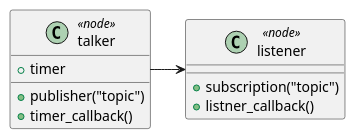
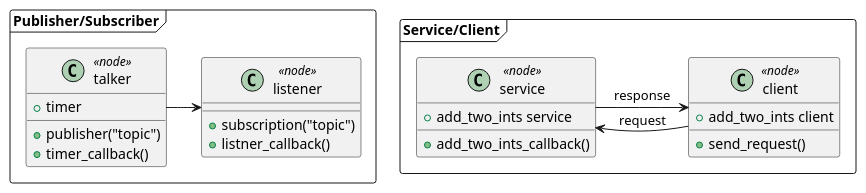
The diagram in jazzy_ws/arch/system.puml (sandeeppatil/roboND), drawn with PlantUML before and after one commit. The commit also changed 12 other files, not shown here.

Commit message:
Simple service client with buildtype python on ROS2

```diff
--- a/jazzy_ws/arch/system.puml
+++ b/jazzy_ws/arch/system.puml
@@ -1,16 +1,33 @@
 @startuml talker_listener
 
+frame "Publisher/Subscriber" {
 class talker <<node>> {
   +publisher("topic")
   +timer
   +timer_callback()
 }
 
 class listener <<node>> {
   +subscription("topic")
   +listner_callback()
 }
 
 talker -right-> listener
+}
+
+frame "Service/Client" {
+class service <<node>> {
+  +add_two_ints service
+  +add_two_ints_callback()
+}
+
+class client <<node>> {
+  +add_two_ints client
+  +send_request()
+}
+
+client -left-> service : request
+service -right-> client : response
+}
 
 @enduml
```
